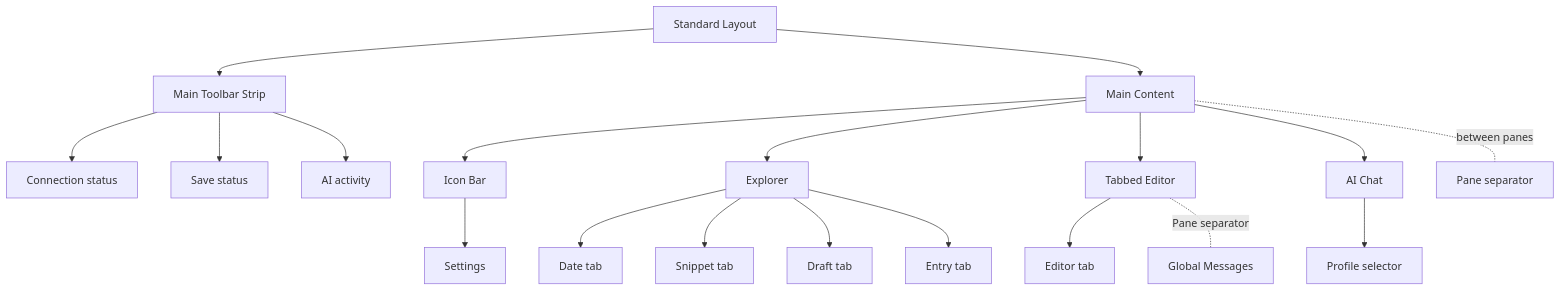
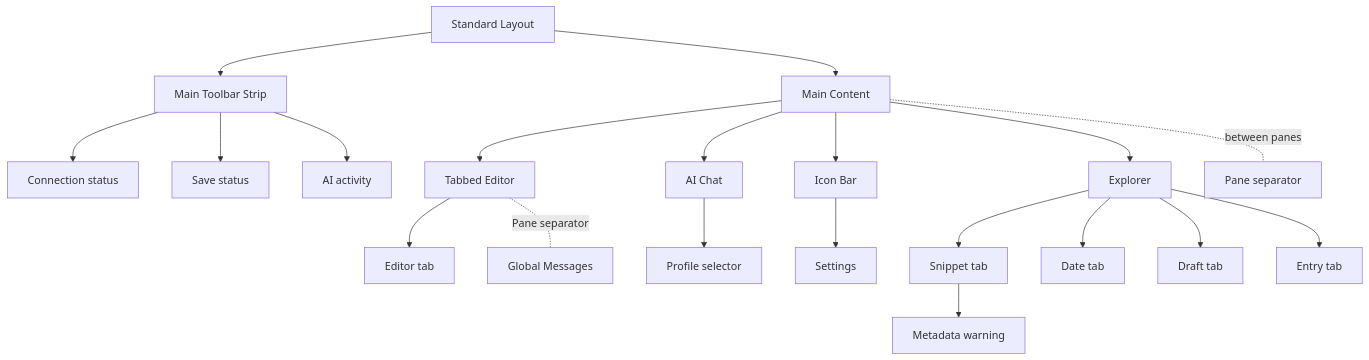
Before and after one commit to pastry-personal5/narihitos-diary-gui: the diagram in docs/ux-information-architecture.md, drawn with Mermaid. The commit also changed 10 other files, not shown here.

````diff
--- a/docs/ux-information-architecture.md
+++ b/docs/ux-information-architecture.md
@@ -7,21 +7,22 @@
 ```mermaid
 flowchart TB
   W[Standard Layout] --> T[Main Toolbar Strip]
   T --> CS[Connection status]
   T --> SS[Save status]
   T --> AI[AI activity]
   W --> B[Main Content]
   B --> I[Icon Bar]
   B --> E[Explorer]
   B --> C[Tabbed Editor]
   B --> A[AI Chat]
   C --> ET[Editor tab]
   C -. Pane separator .- G[Global Messages]
   A --> PS[Profile selector]
   B -. between panes .- SP[Pane separator]
   I --> S[Settings]
+  N --> MW[Metadata warning]
   E --> D[Date tab]
   E --> N[Snippet tab]
   E --> F[Draft tab]
   E --> R[Entry tab]
 ```
````
